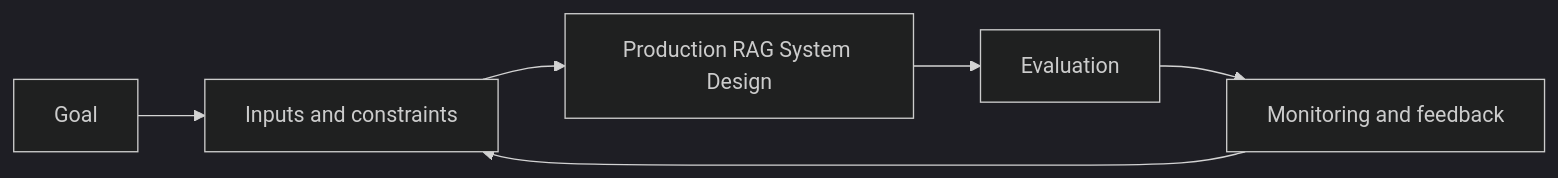
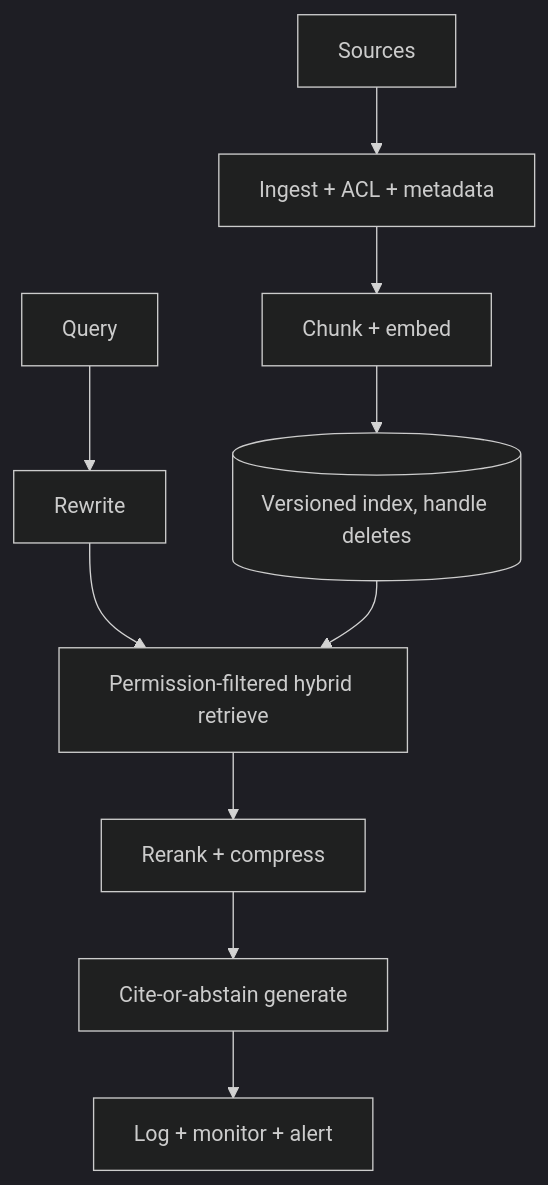
Before and after one commit to Icon1cc/Machine-Learning: the diagram in rag/15-production-rag-system-design.md, drawn with Mermaid (dark theme). The commit also changed other lines of this file and 118 other files, not shown here.

````diff
--- a/rag/15-production-rag-system-design.md
+++ b/rag/15-production-rag-system-design.md
@@ -93,8 +72,12 @@
 ```mermaid
-flowchart LR
-    A[Goal] --> B[Inputs and constraints]
-    B --> C[Production RAG System Design]
-    C --> D[Evaluation]
-    D --> E[Monitoring and feedback]
-    E --> B
+flowchart TD
+    A[Sources] --> B[Ingest + ACL + metadata]
+    B --> C[Chunk + embed]
+    C --> D[(Versioned index, handle deletes)]
+    E[Query] --> F[Rewrite]
+    F --> G[Permission-filtered hybrid retrieve]
+    D --> G
+    G --> H[Rerank + compress]
+    H --> I[Cite-or-abstain generate]
+    I --> J[Log + monitor + alert]
 ```
````
